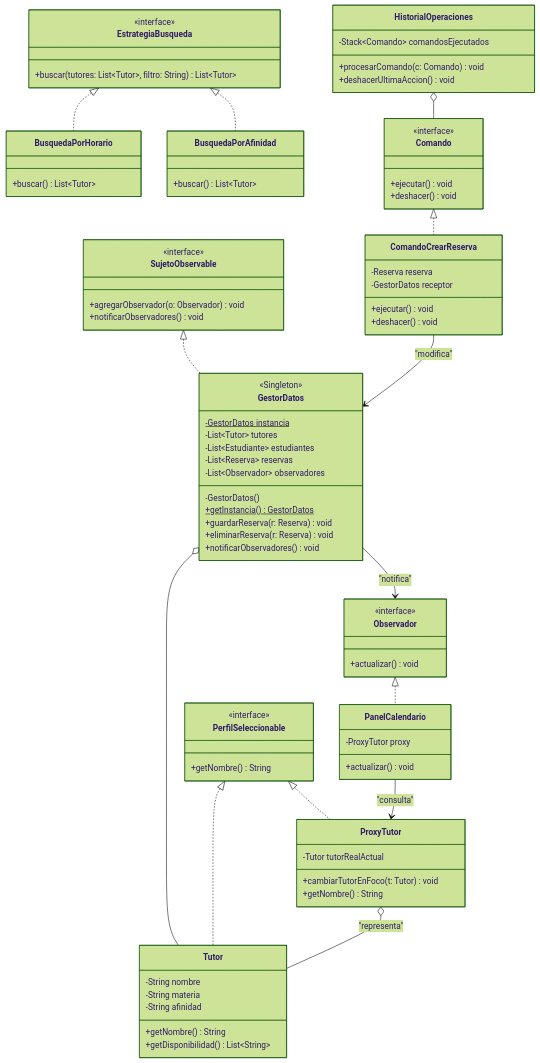
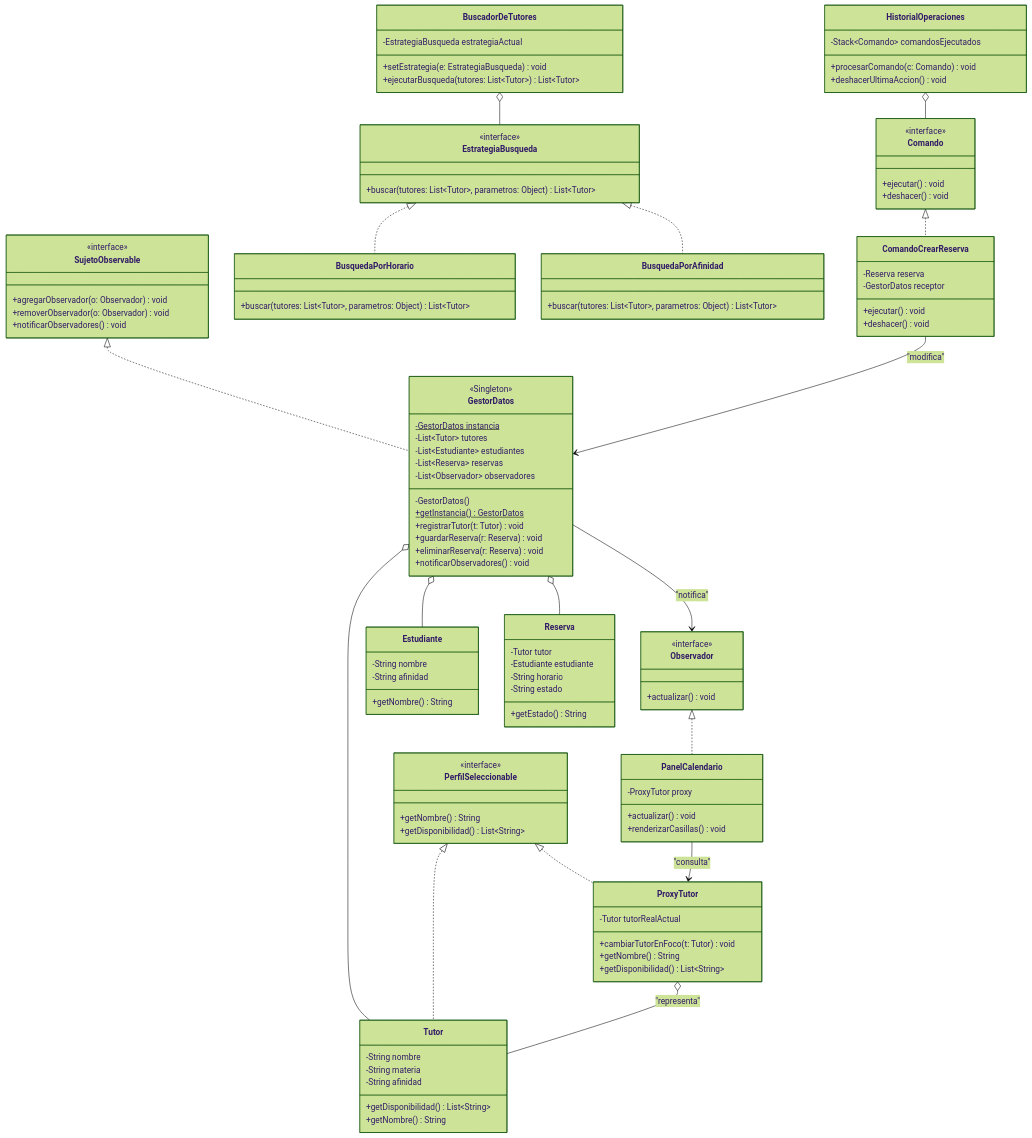
One commit to Bastyannee/proyecto_doo changed the diagram in README.md. Above: the diagram before and after it, drawn with Mermaid (forest theme).

Commit message:
Actualización de diagrama UML para ilustrar la arquitectura del proyecto

````diff
--- a/README.md
+++ b/README.md
@@ -1,8 +1,8 @@
 ```mermaid
 classDiagram
-    direction TB
-
-    %% --- PATRÓN OBSERVER (Sincronización GUI/Lógica) ---
+    %% ==========================================
+    %% PATRÓN OBSERVER (Interfaces Base)
+    %% ==========================================
     class Observador {
         <<interface>>
         +actualizar() void
@@ -11,10 +11,13 @@
     class SujetoObservable {
         <<interface>>
         +agregarObservador(o: Observador) void
+        +removerObservador(o: Observador) void
         +notificarObservadores() void
     }
 
-    %% --- MODELO (Bastián) ---
+    %% ==========================================
+    %% MODELO (Lógica, Datos y Singleton)
+    %% ==========================================
     class GestorDatos {
         <<Singleton>>
         -GestorDatos instancia$
@@ -24,6 +27,7 @@
         -List~Observador~ observadores
         -GestorDatos()
         +getInstancia() GestorDatos$
+        +registrarTutor(t: Tutor) void
         +guardarReserva(r: Reserva) void
         +eliminarReserva(r: Reserva) void
         +notificarObservadores() void
@@ -33,25 +37,58 @@
         -String nombre
         -String materia
         -String afinidad
+        +getDisponibilidad() List~String~
         +getNombre() String
-        +getDisponibilidad() List~String~
+    }
+    
+    class Estudiante {
+        -String nombre
+        -String afinidad
+        +getNombre() String
     }
 
-    %% --- PATRÓN STRATEGY (Bastián) ---
+    class Reserva {
+        -Tutor tutor
+        -Estudiante estudiante
+        -String horario
+        -String estado
+        +getEstado() String
+    }
+
+    SujetoObservable <|.. GestorDatos
+    GestorDatos o-- Tutor
+    GestorDatos o-- Estudiante
+    GestorDatos o-- Reserva
+
+    %% ==========================================
+    %% PATRÓN STRATEGY (Algoritmos)
+    %% ==========================================
     class EstrategiaBusqueda {
         <<interface>>
-        +buscar(tutores: List~Tutor~, filtro: String) List~Tutor~
+        +buscar(tutores: List~Tutor~, parametros: Object) List~Tutor~
     }
     
     class BusquedaPorHorario {
-        +buscar() List~Tutor~
+        +buscar(tutores: List~Tutor~, parametros: Object) List~Tutor~
     }
     
     class BusquedaPorAfinidad {
-        +buscar() List~Tutor~
+        +buscar(tutores: List~Tutor~, parametros: Object) List~Tutor~
     }
 
-    %% --- PATRÓN COMMAND (María José) ---
+    class BuscadorDeTutores {
+        -EstrategiaBusqueda estrategiaActual
+        +setEstrategia(e: EstrategiaBusqueda) void
+        +ejecutarBusqueda(tutores: List~Tutor~) List~Tutor~
+    }
+
+    EstrategiaBusqueda <|.. BusquedaPorHorario
+    EstrategiaBusqueda <|.. BusquedaPorAfinidad
+    BuscadorDeTutores o-- EstrategiaBusqueda
+
+    %% ==========================================
+    %% CONTROLADOR & PATRÓN COMMAND
+    %% ==========================================
     class Comando {
         <<interface>>
         +ejecutar() void
@@ -71,31 +108,32 @@
         +deshacerUltimaAccion() void
     }
 
-    %% --- PATRÓN PROXY & VISTA (Tomás) ---
+    Comando <|.. ComandoCrearReserva
+    HistorialOperaciones o-- Comando
+    ComandoCrearReserva --> GestorDatos : "modifica"
+
+    %% ==========================================
+    %% VISTA & PATRÓN PROXY
+    %% ==========================================
     class PerfilSeleccionable {
         <<interface>>
         +getNombre() String
+        +getDisponibilidad() List~String~
     }
 
     class ProxyTutor {
         -Tutor tutorRealActual
         +cambiarTutorEnFoco(t: Tutor) void
         +getNombre() String
+        +getDisponibilidad() List~String~
     }
 
     class PanelCalendario {
         -ProxyTutor proxy
         +actualizar() void
+        +renderizarCasillas() void
     }
 
-    %% --- RELACIONES ---
-    SujetoObservable <|.. GestorDatos
-    GestorDatos o-- Tutor
-    EstrategiaBusqueda <|.. BusquedaPorHorario
-    EstrategiaBusqueda <|.. BusquedaPorAfinidad
-    Comando <|.. ComandoCrearReserva
-    HistorialOperaciones o-- Comando
-    ComandoCrearReserva --> GestorDatos : "modifica"
     PerfilSeleccionable <|.. Tutor
     PerfilSeleccionable <|.. ProxyTutor
     ProxyTutor o-- Tutor : "representa"
````
